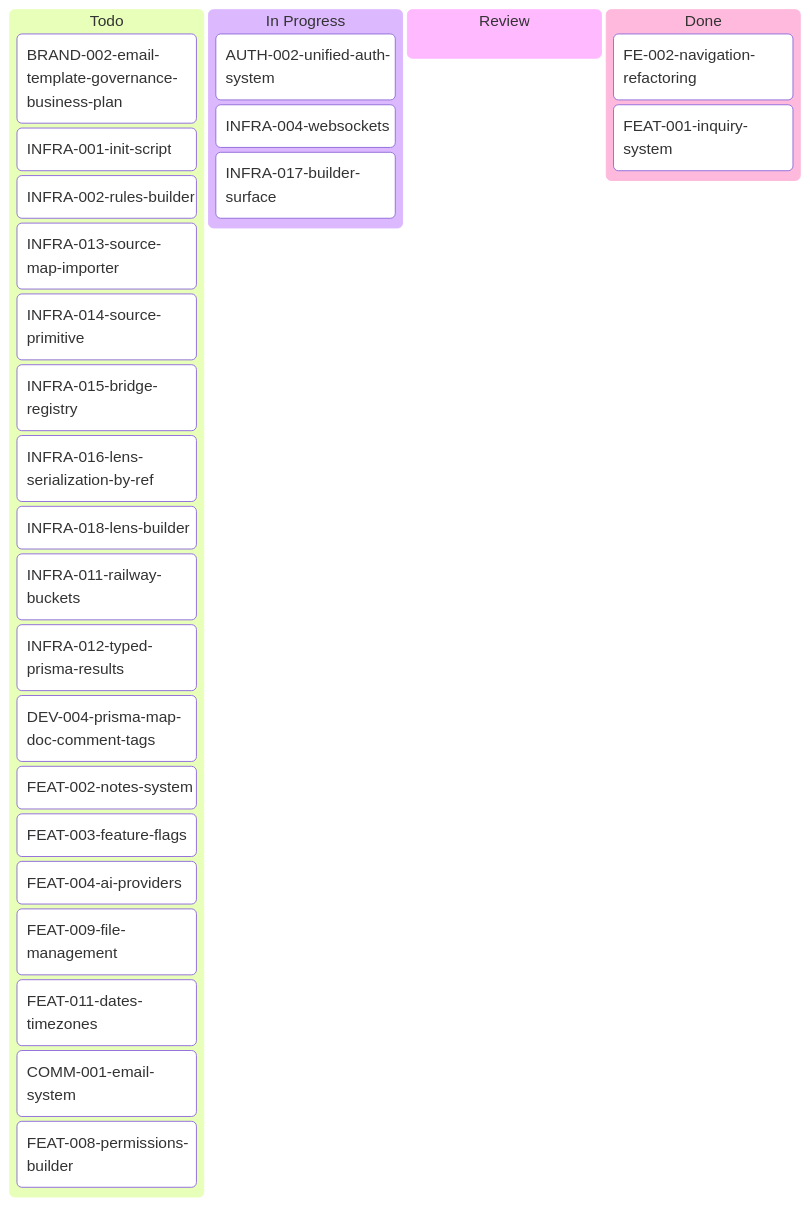
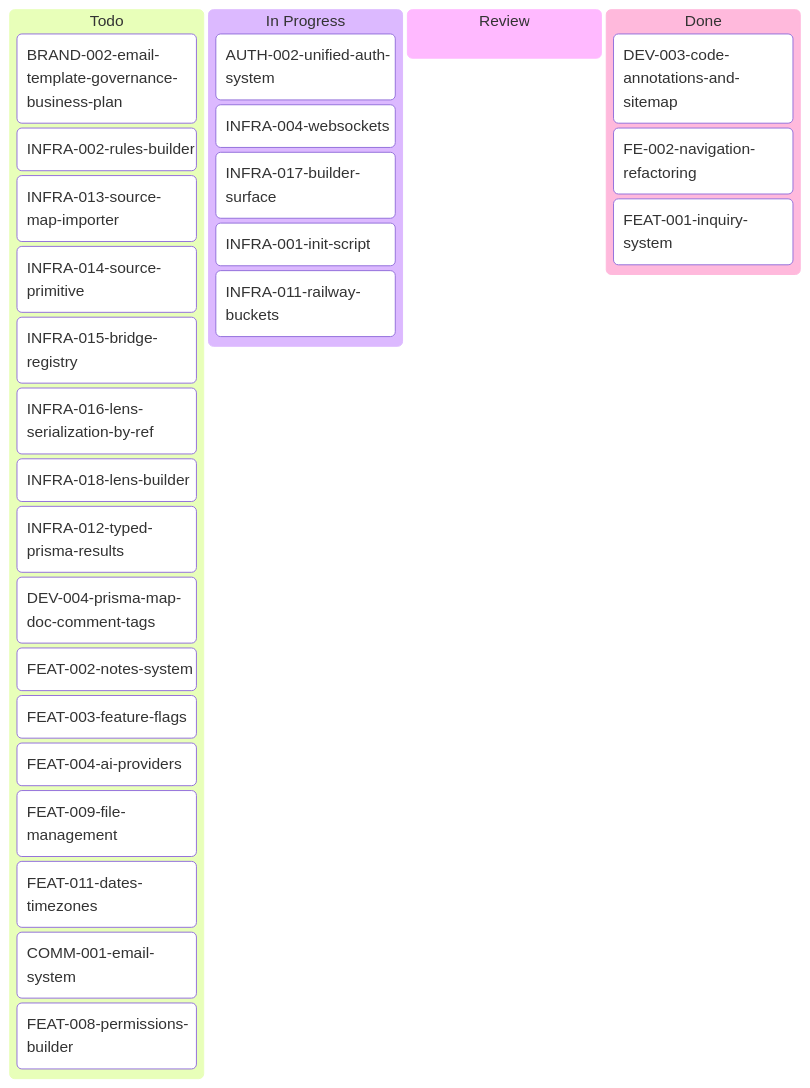
One commit to inixiative/template changed the diagram in tickets/kanban-aron.md. Above: the diagram before and after it, drawn with Mermaid. The commit also changed other lines of this file and 12 other files, not shown here.

````diff
--- a/tickets/kanban-aron.md
+++ b/tickets/kanban-aron.md
@@ -3,35 +3,36 @@
 ```mermaid
 ---
 config:
   kanban:
     ticketBaseUrl: 'https://github.com/yourorg/template/blob/main/tickets/#TICKET#'
 ---
 kanban
   Todo
     BRAND-002-email-template-governance-business-plan
-    INFRA-001-init-script
     INFRA-002-rules-builder
     INFRA-013-source-map-importer
     INFRA-014-source-primitive
     INFRA-015-bridge-registry
     INFRA-016-lens-serialization-by-ref
     INFRA-018-lens-builder
-    INFRA-011-railway-buckets
     INFRA-012-typed-prisma-results
     DEV-004-prisma-map-doc-comment-tags
     FEAT-002-notes-system
     FEAT-003-feature-flags
     FEAT-004-ai-providers
     FEAT-009-file-management
     FEAT-011-dates-timezones
     COMM-001-email-system
     FEAT-008-permissions-builder
   In Progress
     AUTH-002-unified-auth-system
     INFRA-004-websockets
     INFRA-017-builder-surface
+    INFRA-001-init-script
+    INFRA-011-railway-buckets
   Review
   Done
+    DEV-003-code-annotations-and-sitemap
     FE-002-navigation-refactoring
     FEAT-001-inquiry-system
 ```
````
